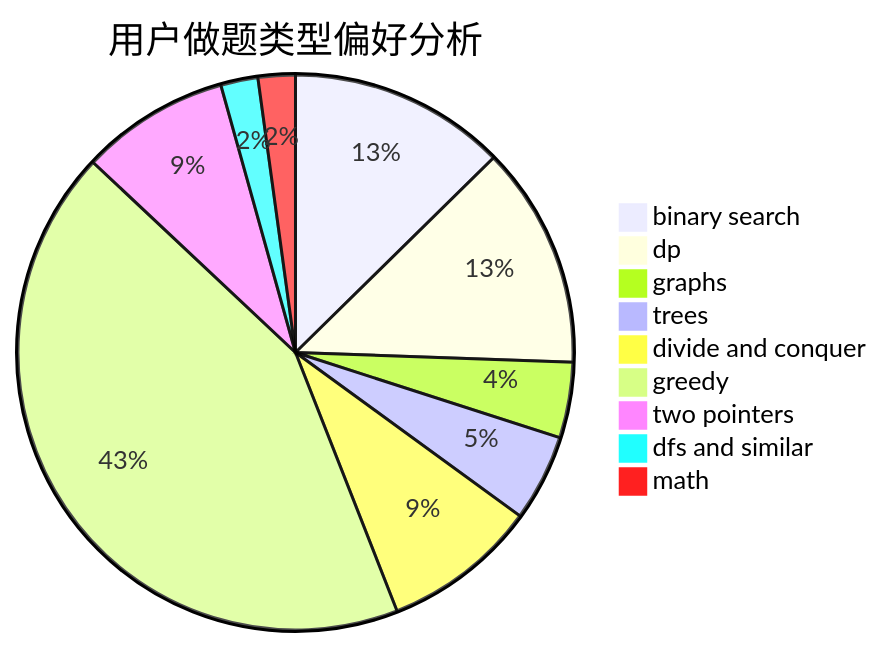
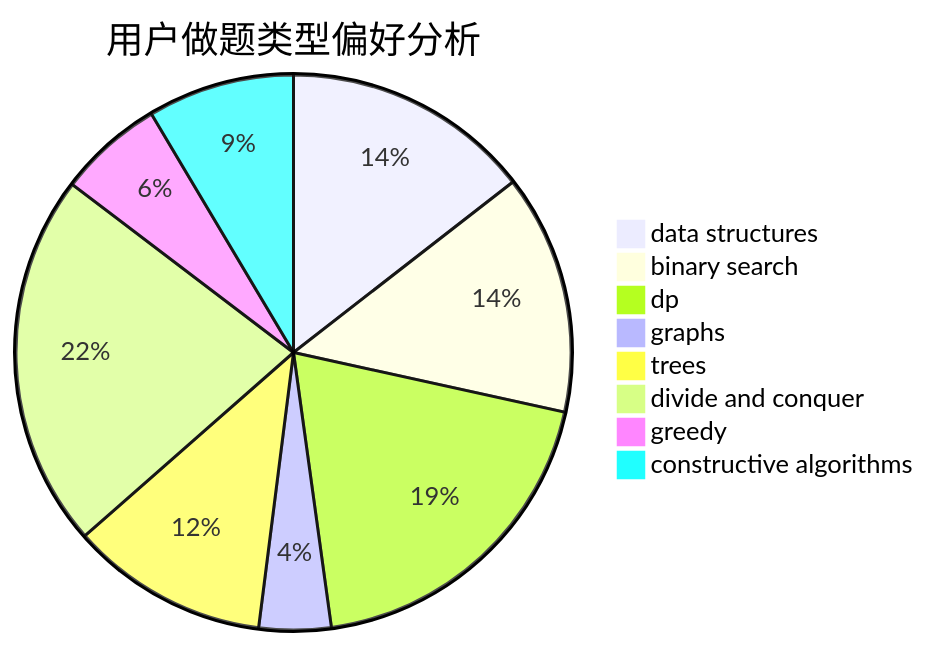
The second of 3 diagrams in docs/user/u81.md (sherpahu/cfrs.github.io), drawn with Mermaid before and after one commit. The commit also changed other lines of this file and 2775 other files, not shown here.

````diff
--- a/docs/user/u81.md
+++ b/docs/user/u81.md
@@ -23,12 +23,11 @@
 ```mermaid
 pie title 用户做题类型偏好分析
-    "binary search" :  175
-    "dp" :  179
-    "graphs" :  61
-    "trees" :  70
+    "data structures" :  83
+    "binary search" :  80
+    "dp" :  111
+    "graphs" :  24
+    "trees" :  66
     "divide and conquer" :  125
-    "greedy" :  595
-    "two pointers" :  120
-    "dfs and similar" :  30
-    "math" :  30
+    "greedy" :  35
+    "constructive algorithms" :  49
 ```
````
